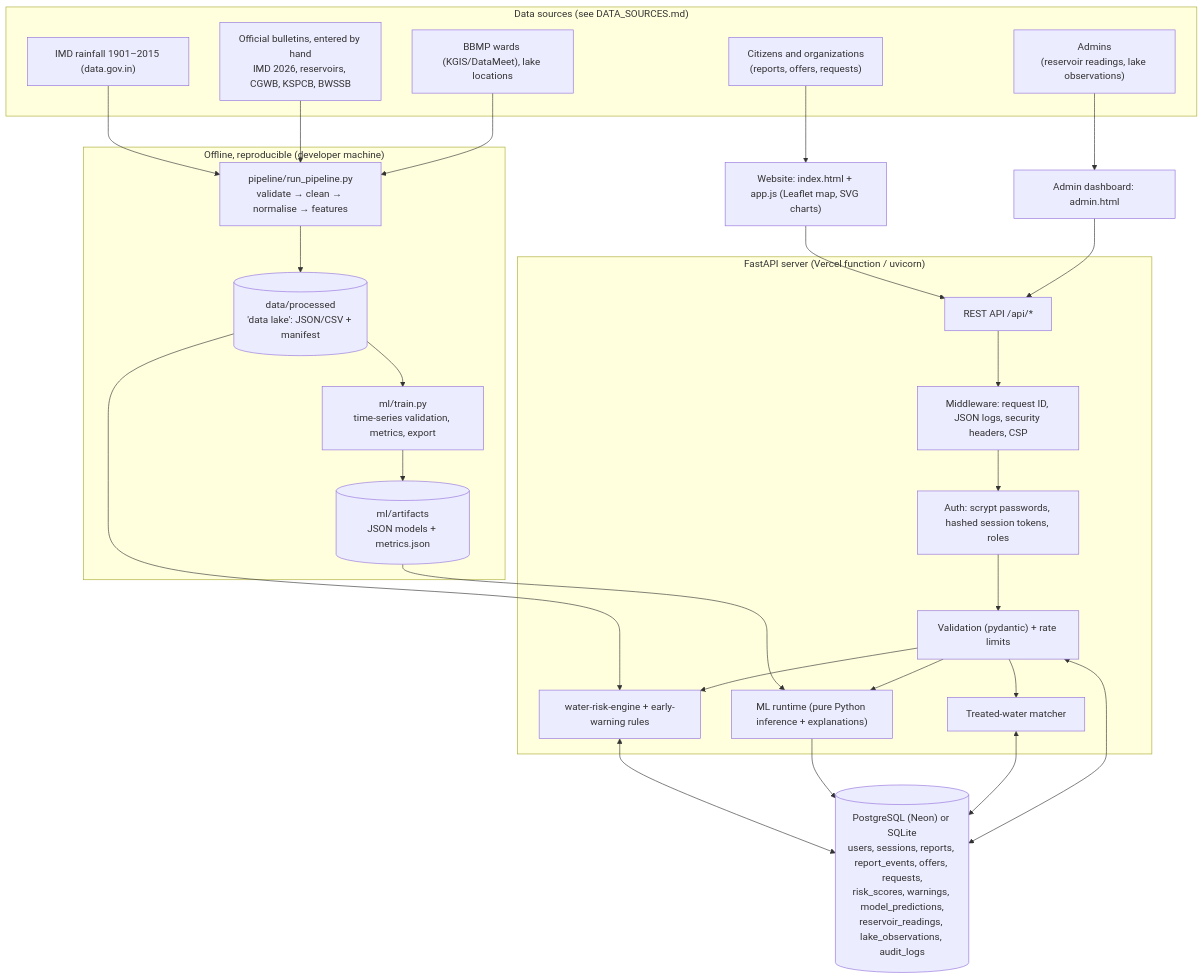
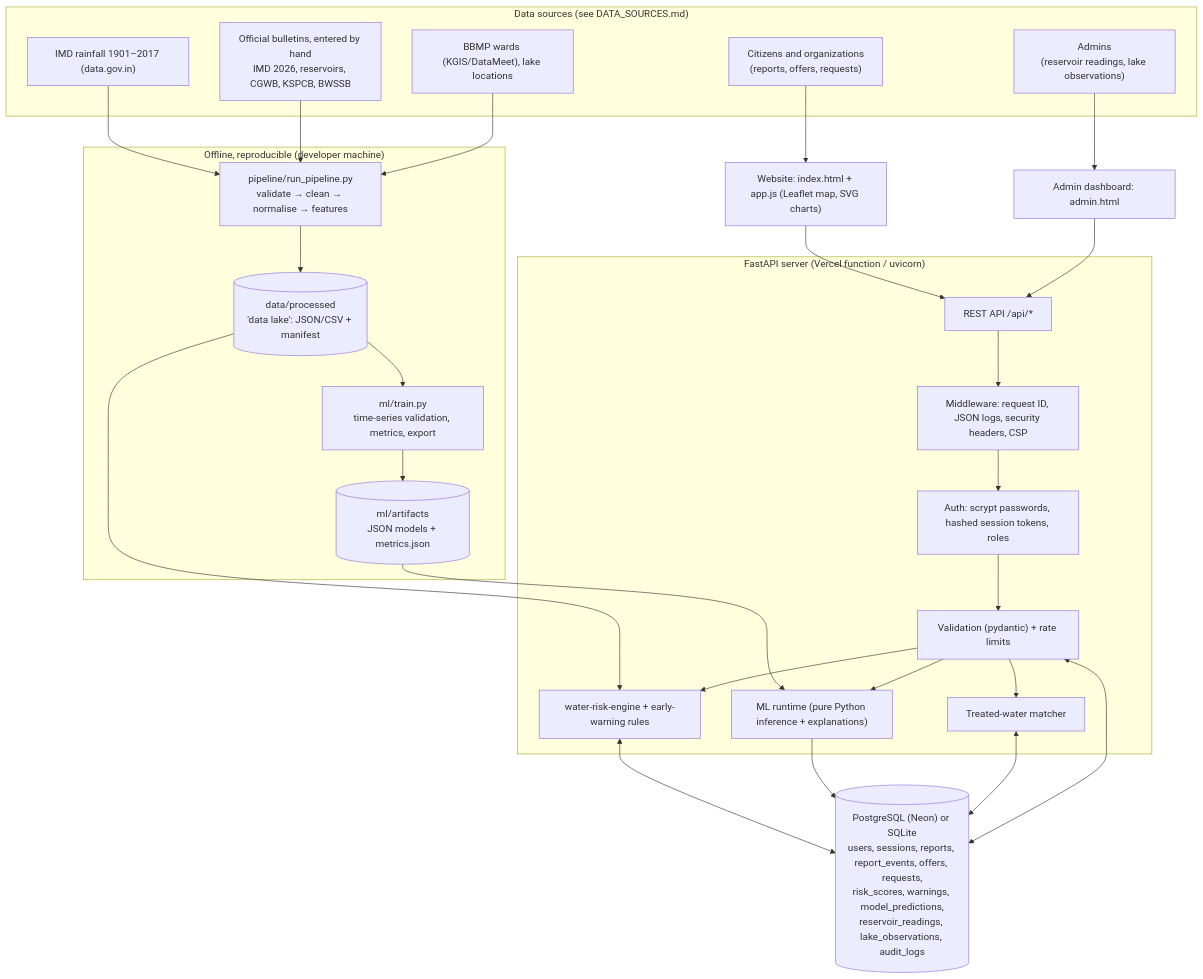
Before and after one commit to mohammedasim-ee/jalsetu: the diagram in ARCHITECTURE.md, drawn with Mermaid. The commit also changed 34 other files, not shown here.

First line of the commit message:
Rainfall: extend official IMD series to 1901-2017 and retrain models

````diff
--- a/ARCHITECTURE.md
+++ b/ARCHITECTURE.md
@@ -3,48 +3,48 @@
 ```mermaid
 flowchart TD
   subgraph Sources["Data sources (see DATA_SOURCES.md)"]
-    IMD["IMD rainfall 1901–2015 (data.gov.in)"]
+    IMD["IMD rainfall 1901–2017 (data.gov.in)"]
     BUL["Official bulletins, entered by hand<br/>IMD 2026, reservoirs, CGWB, KSPCB, BWSSB"]
     GIS["BBMP wards (KGIS/DataMeet), lake locations"]
     USERS["Citizens and organizations<br/>(reports, offers, requests)"]
     ADMINS["Admins<br/>(reservoir readings, lake observations)"]
   end
 
   subgraph Offline["Offline, reproducible (developer machine)"]
     PIPE["pipeline/run_pipeline.py<br/>validate → clean → normalise → features"]
     LAKE[("data/processed<br/>'data lake': JSON/CSV + manifest")]
     TRAIN["ml/train.py<br/>time-series validation, metrics, export"]
     ART[("ml/artifacts<br/>JSON models + metrics.json")]
   end
 
   subgraph Server["FastAPI server (Vercel function / uvicorn)"]
     MW["Middleware: request ID, JSON logs, security headers, CSP"]
     AUTH["Auth: scrypt passwords, hashed session tokens, roles"]
     VAL["Validation (pydantic) + rate limits"]
     RISK["water-risk-engine + early-warning rules"]
     MLR["ML runtime (pure Python inference + explanations)"]
     EX["Treated-water matcher"]
     API["REST API /api/*"]
   end
 
   DB[("PostgreSQL (Neon) or SQLite<br/>users, sessions, reports, report_events, offers, requests,<br/>risk_scores, warnings, model_predictions,<br/>reservoir_readings, lake_observations, audit_logs")]
   FE["Website: index.html + app.js (Leaflet map, SVG charts)"]
   ADM["Admin dashboard: admin.html"]
 
   IMD --> PIPE
   BUL --> PIPE
   GIS --> PIPE
   PIPE --> LAKE --> TRAIN --> ART
   LAKE --> RISK
   ART --> MLR
   USERS --> FE
   ADMINS --> ADM
   FE --> API
   ADM --> API
   API --> MW --> AUTH --> VAL
   VAL --> RISK & MLR & EX
   RISK <--> DB
   MLR --> DB
   EX <--> DB
   VAL <--> DB
 ```
````
